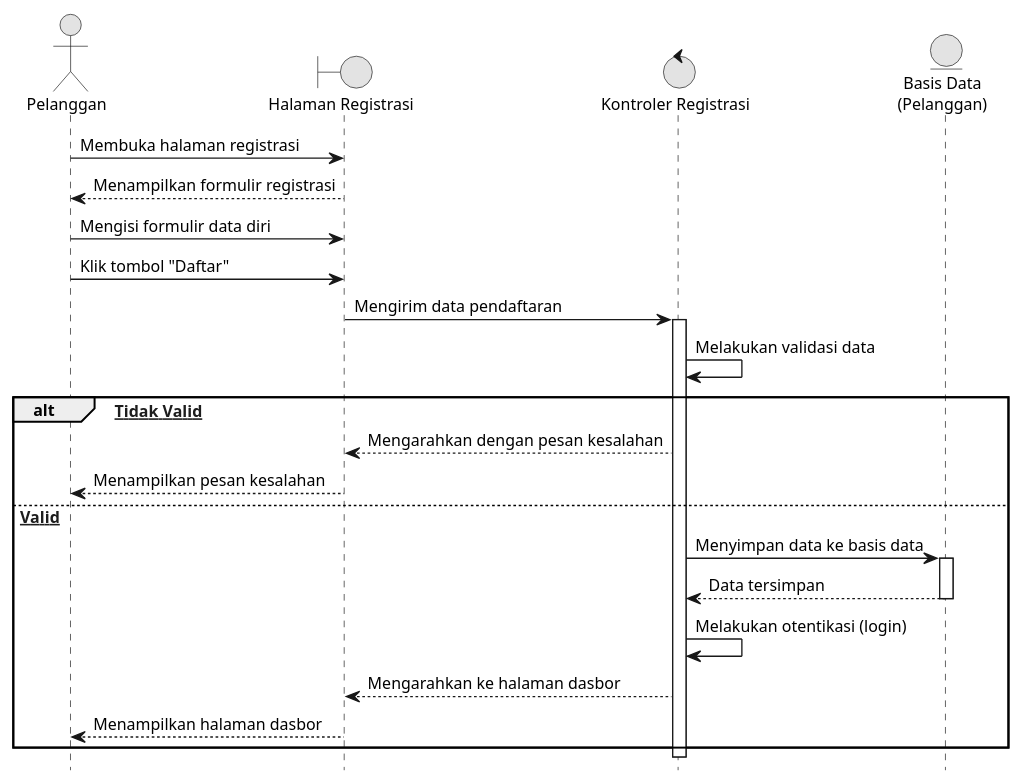
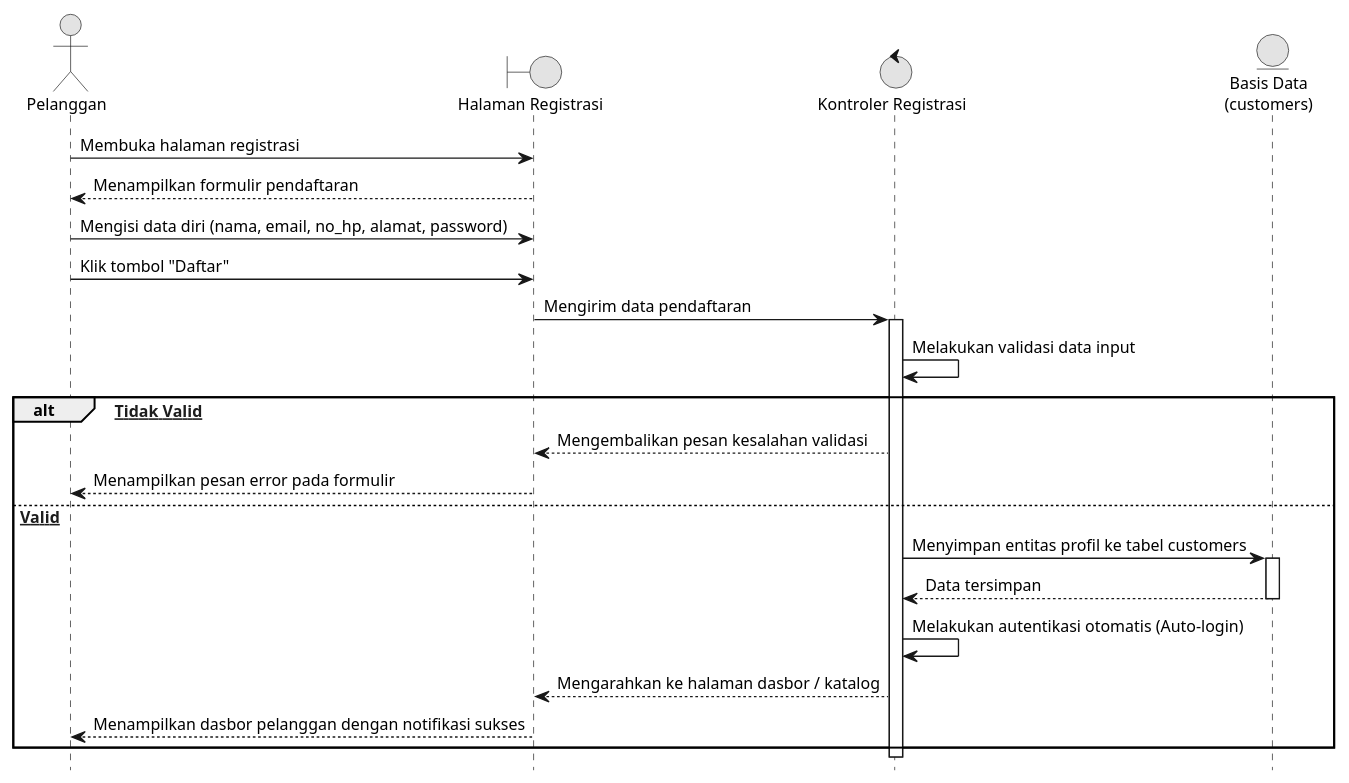
The first of 11 diagrams in docs/diagrams/semua_diagram.puml (Reyonl/project_TA), drawn with PlantUML before and after one commit. The commit also changed other lines of this file and 25 other files, not shown here.

Commit message:
docs: regenerate thesis diagrams, add class/LRS diagrams and viewers

```diff
--- a/docs/diagrams/semua_diagram.puml
+++ b/docs/diagrams/semua_diagram.puml
@@ -1,36 +1,36 @@
 @startuml 01_Registrasi_Akun
 hide footbox
 skinparam backgroundColor white
 skinparam monochrome true
 skinparam shadowing false
 skinparam DefaultFontName Arial
 skinparam DefaultFontSize 12
 
 actor "Pelanggan" as Customer
 boundary "Halaman Registrasi" as View
 control "Kontroler Registrasi" as Controller
-entity "Basis Data\n(Pelanggan)" as DB
+entity "Basis Data\n(customers)" as DB
 
 Customer -> View : Membuka halaman registrasi
-View --> Customer : Menampilkan formulir registrasi
-Customer -> View : Mengisi formulir data diri
+View --> Customer : Menampilkan formulir pendaftaran
+Customer -> View : Mengisi data diri (nama, email, no_hp, alamat, password)
 Customer -> View : Klik tombol "Daftar"
 View -> Controller : Mengirim data pendaftaran
 activate Controller
 
-Controller -> Controller : Melakukan validasi data
+Controller -> Controller : Melakukan validasi data input
 
 alt [Data Tidak Valid]
-    Controller --> View : Mengarahkan dengan pesan kesalahan
-    View --> Customer : Menampilkan pesan kesalahan
+    Controller --> View : Mengembalikan pesan kesalahan validasi
+    View --> Customer : Menampilkan pesan error pada formulir
 else [Data Valid]
-    Controller -> DB : Menyimpan data ke basis data
+    Controller -> DB : Menyimpan entitas profil ke tabel customers
     activate DB
     DB --> Controller : Data tersimpan
     deactivate DB
-    Controller -> Controller : Melakukan otentikasi (login)
-    Controller --> View : Mengarahkan ke halaman dasbor
-    View --> Customer : Menampilkan halaman dasbor
+    Controller -> Controller : Melakukan autentikasi otomatis (Auto-login)
+    Controller --> View : Mengarahkan ke halaman dasbor / katalog
+    View --> Customer : Menampilkan dasbor pelanggan dengan notifikasi sukses
 end
 deactivate Controller
 @enduml
```
